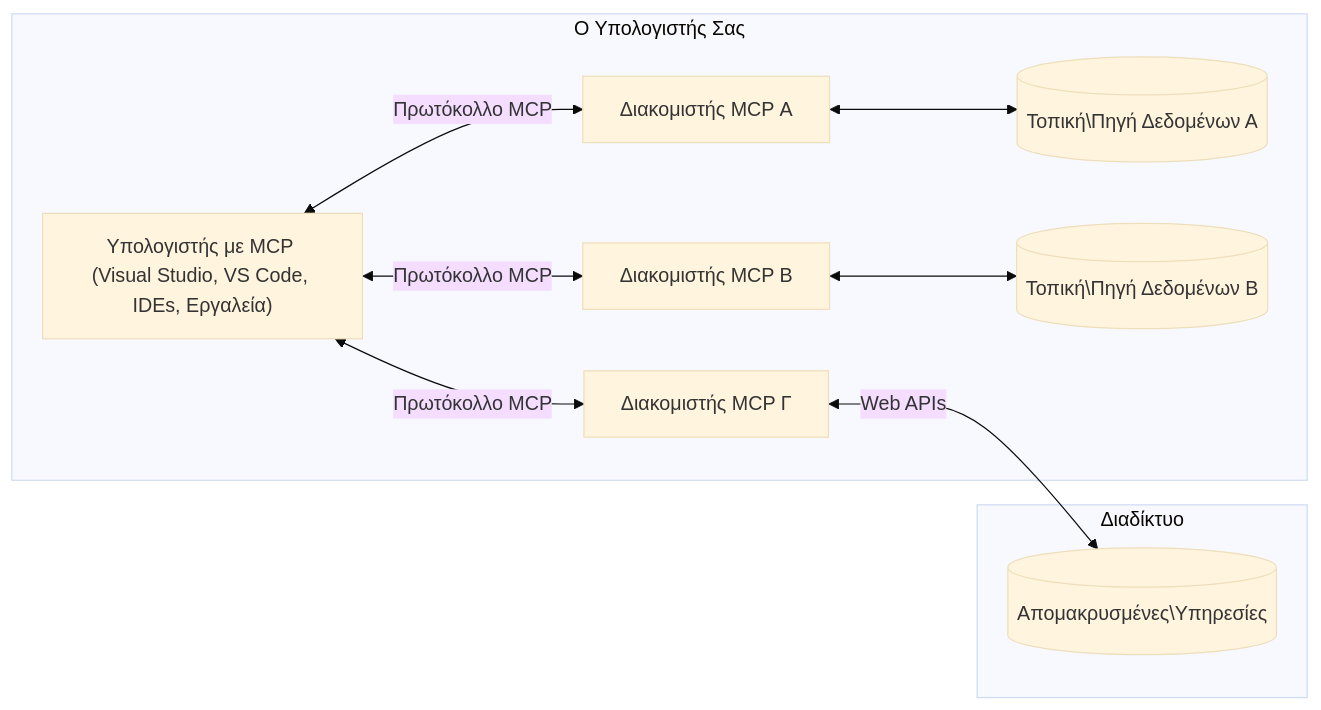
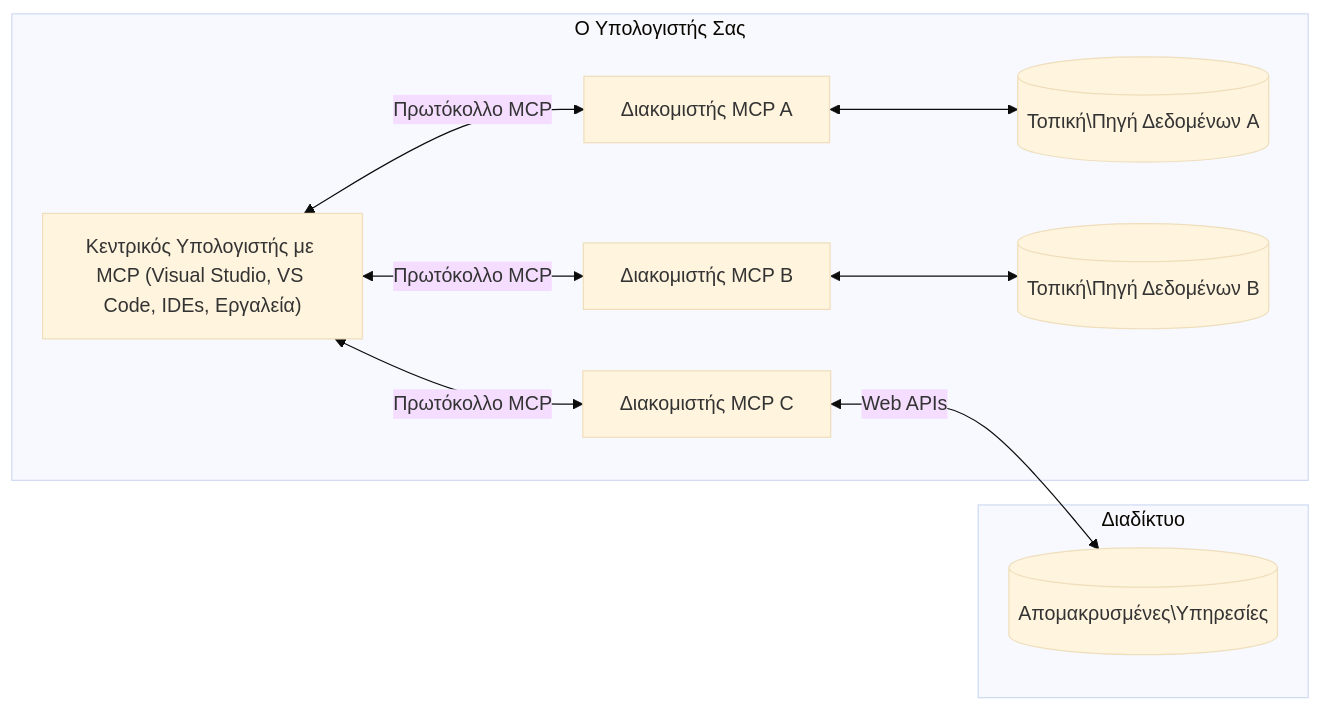
The diagram in translations/el/01-CoreConcepts/README.md (Mu-L/mcp-for-beginners), drawn with Mermaid (base theme) before and after one commit. The commit also changed other lines of this file and 5 other files, not shown here.

````diff
--- a/translations/el/01-CoreConcepts/README.md
+++ b/translations/el/01-CoreConcepts/README.md
@@ -45,17 +45,17 @@
 ```mermaid
 flowchart LR
     subgraph "Ο Υπολογιστής Σας"
-        Host["Υπολογιστής με MCP (Visual Studio, VS Code, IDEs, Εργαλεία)"]
-        S1["Διακομιστής MCP Α"]
-        S2["Διακομιστής MCP Β"]
-        S3["Διακομιστής MCP Γ"]
+        Host["Κεντρικός Υπολογιστής με MCP (Visual Studio, VS Code, IDEs, Εργαλεία)"]
+        S1["Διακομιστής MCP A"]
+        S2["Διακομιστής MCP B"]
+        S3["Διακομιστής MCP C"]
         Host <-->|"Πρωτόκολλο MCP"| S1
         Host <-->|"Πρωτόκολλο MCP"| S2
         Host <-->|"Πρωτόκολλο MCP"| S3
-        S1 <--> D1[("Τοπική\Πηγή Δεδομένων Α")]
-        S2 <--> D2[("Τοπική\Πηγή Δεδομένων Β")]
+        S1 <--> D1[("Τοπική\Πηγή Δεδομένων A")]
+        S2 <--> D2[("Τοπική\Πηγή Δεδομένων B")]
     end
     subgraph "Διαδίκτυο"
         S3 <-->|"Web APIs"| D3[("Απομακρυσμένες\Υπηρεσίες")]
     end
-```
+```  
````
